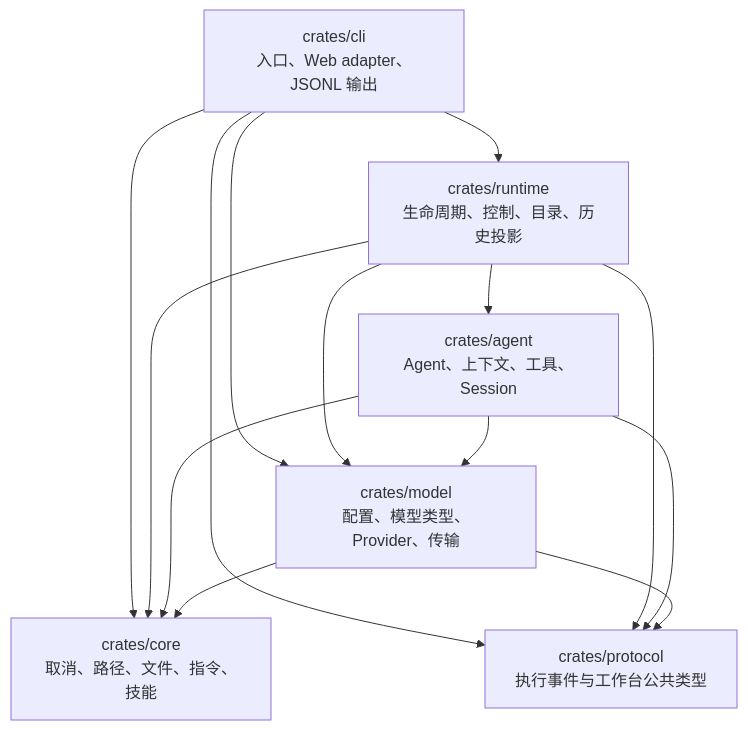
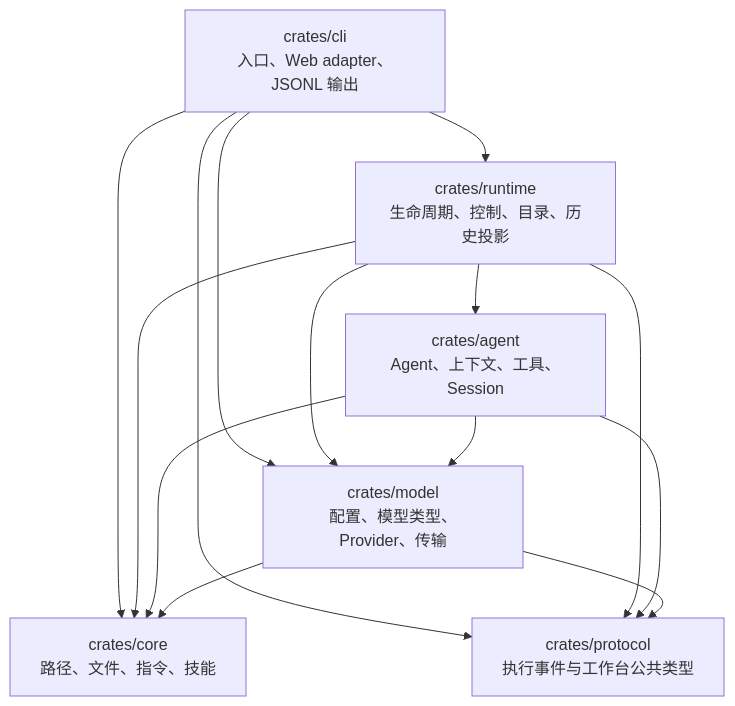
Before and after one commit to qjcnmd/singularity-agent: the second of 29 diagrams in docs/architecture.md, drawn with Mermaid. The commit also changed other lines of this file and 42 other files, not shown here.

````diff
--- a/docs/architecture.md
+++ b/docs/architecture.md
@@ -56,16 +56,16 @@
 ```mermaid
 flowchart TB
     CLI["crates/cli<br/>入口、Web adapter、JSONL 输出"] --> Runtime["crates/runtime<br/>生命周期、控制、目录、历史投影"]
     CLI --> Model["crates/model<br/>配置、模型类型、Provider、传输"]
-    CLI --> Core["crates/core<br/>取消、路径、文件、指令、技能"]
+    CLI --> Core["crates/core<br/>路径、文件、指令、技能"]
     CLI --> Protocol["crates/protocol<br/>执行事件与工作台公共类型"]
     Runtime --> Agent["crates/agent<br/>Agent、上下文、工具、Session"]
     Runtime --> Model
     Runtime --> Core
     Runtime --> Protocol
     Agent --> Model
     Agent --> Core
     Agent --> Protocol
     Model --> Core
     Model --> Protocol
 ```
````
